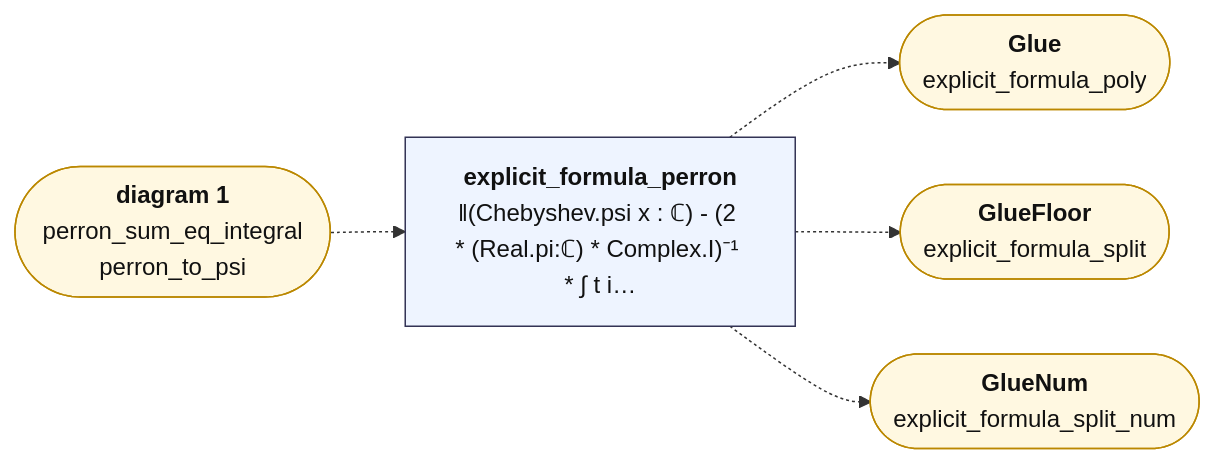
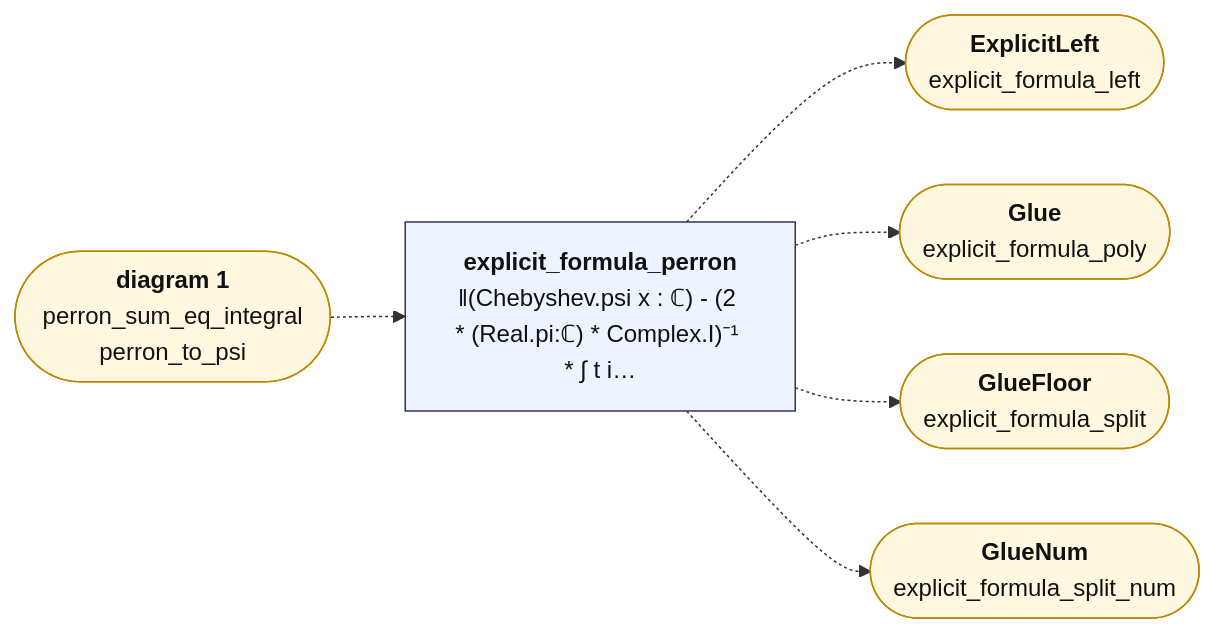
Before and after one commit to juliansambranojr/Primebeat_081426: the diagram in map/lean_stage3/PerronKernel.2.mmd, drawn with Mermaid. The commit also changed 43 other files, not shown here.

First line of the commit message:
Block F1: the explicit formula at every height (units 0457, 0458)

```diff
--- a/map/lean_stage3/PerronKernel.2.mmd
+++ b/map/lean_stage3/PerronKernel.2.mmd
@@ -1,18 +1,20 @@
 flowchart LR
   n0["<b>explicit_formula_perron</b><br/>‖(Chebyshev.psi x : ℂ) - (2 * (Real.pi:ℂ) * Complex.I)⁻¹ * ∫ t i…"]:::thm
   x0(["<b>diagram 1</b><br/>perron_sum_eq_integral<br/>perron_to_psi"]):::ext
-  x1(["<b>Glue</b><br/>explicit_formula_poly"]):::ext
-  x2(["<b>GlueFloor</b><br/>explicit_formula_split"]):::ext
-  x3(["<b>GlueNum</b><br/>explicit_formula_split_num"]):::ext
+  x1(["<b>ExplicitLeft</b><br/>explicit_formula_left"]):::ext
+  x2(["<b>Glue</b><br/>explicit_formula_poly"]):::ext
+  x3(["<b>GlueFloor</b><br/>explicit_formula_split"]):::ext
+  x4(["<b>GlueNum</b><br/>explicit_formula_split_num"]):::ext
   n0 -.-> x1
   n0 -.-> x2
   n0 -.-> x3
+  n0 -.-> x4
   x0 -.-> n0
   classDef cnt fill:#dff5ec,stroke:#17694a,color:#111
   classDef shp fill:#f1ecfb,stroke:#5b3fa0,color:#111
   classDef rh fill:#ffe5e5,stroke:#c22,color:#111,stroke-width:2px
   classDef thm fill:#eef4ff,stroke:#335,color:#111
   classDef end_ fill:#e7f7e7,stroke:#2a7,color:#111,stroke-width:2px
   classDef lone fill:#fff,stroke:#999,color:#111,stroke-dasharray:4 3
   classDef bad fill:#ffe5e5,stroke:#c22,color:#111,stroke-width:2px
   classDef ext fill:#fff8e1,stroke:#b80,color:#111
```
